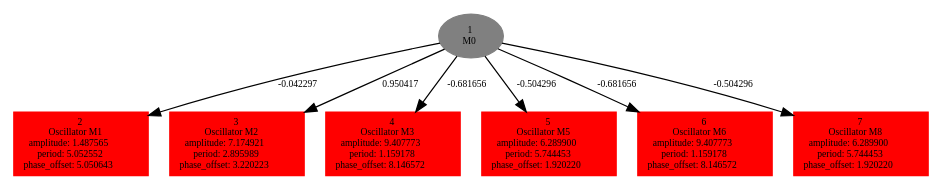
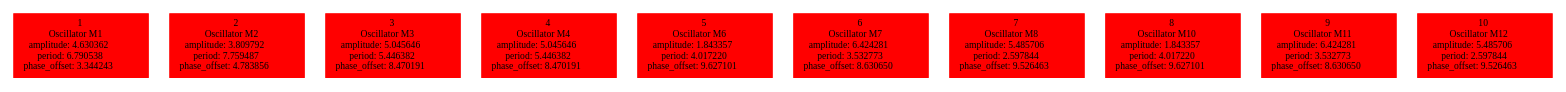
One commit to karinemiras/l-system changed the diagram in experiments/locomotion1/offspringpop4/tempbrain.dot. Above: the diagram before and after it, drawn with Graphviz. The commit also changed 83 other files, not shown here.

```diff
--- a/experiments/locomotion1/offspringpop4/tempbrain.dot
+++ b/experiments/locomotion1/offspringpop4/tempbrain.dot
@@ -1,15 +1,12 @@
  digraph g{ forcelabels=true;
-1[label=<1<BR/>M0>,color="grey",style=filled,fontsize=8];
-2 [label=<2<BR />Oscillator M1<BR /> amplitude: 1.487565<BR /> period: 5.052552<BR /> phase_offset: 5.050643>, shape=box,color=red,style=filled,fontsize=8];
-3 [label=<3<BR />Oscillator M2<BR /> amplitude: 7.174921<BR /> period: 2.895989<BR /> phase_offset: 3.220223>, shape=box,color=red,style=filled,fontsize=8];
-4 [label=<4<BR />Oscillator M3<BR /> amplitude: 9.407773<BR /> period: 1.159178<BR /> phase_offset: 8.146572>, shape=box,color=red,style=filled,fontsize=8];
-5 [label=<5<BR />Oscillator M5<BR /> amplitude: 6.289900<BR /> period: 5.744453<BR /> phase_offset: 1.920220>, shape=box,color=red,style=filled,fontsize=8];
-6 [label=<6<BR />Oscillator M6<BR /> amplitude: 9.407773<BR /> period: 1.159178<BR /> phase_offset: 8.146572>, shape=box,color=red,style=filled,fontsize=8];
-7 [label=<7<BR />Oscillator M8<BR /> amplitude: 6.289900<BR /> period: 5.744453<BR /> phase_offset: 1.920220>, shape=box,color=red,style=filled,fontsize=8];
-1 -> 2[label="-0.042297 ",fontsize="8"];
-1 -> 3[label="0.950417 ",fontsize="8"];
-1 -> 4[label="-0.681656 ",fontsize="8"];
-1 -> 5[label="-0.504296 ",fontsize="8"];
-1 -> 6[label="-0.681656 ",fontsize="8"];
-1 -> 7[label="-0.504296 ",fontsize="8"];
+1 [label=<1<BR />Oscillator M1<BR /> amplitude: 4.630362<BR /> period: 6.790538<BR /> phase_offset: 3.344243>, shape=box,color=red,style=filled,fontsize=8];
+2 [label=<2<BR />Oscillator M2<BR /> amplitude: 3.809792<BR /> period: 7.759487<BR /> phase_offset: 4.783856>, shape=box,color=red,style=filled,fontsize=8];
+3 [label=<3<BR />Oscillator M3<BR /> amplitude: 5.045646<BR /> period: 5.446382<BR /> phase_offset: 8.470191>, shape=box,color=red,style=filled,fontsize=8];
+4 [label=<4<BR />Oscillator M4<BR /> amplitude: 5.045646<BR /> period: 5.446382<BR /> phase_offset: 8.470191>, shape=box,color=red,style=filled,fontsize=8];
+5 [label=<5<BR />Oscillator M6<BR /> amplitude: 1.843357<BR /> period: 4.017220<BR /> phase_offset: 9.627101>, shape=box,color=red,style=filled,fontsize=8];
+6 [label=<6<BR />Oscillator M7<BR /> amplitude: 6.424281<BR /> period: 3.532773<BR /> phase_offset: 8.630650>, shape=box,color=red,style=filled,fontsize=8];
+7 [label=<7<BR />Oscillator M8<BR /> amplitude: 5.485706<BR /> period: 2.597844<BR /> phase_offset: 9.526463>, shape=box,color=red,style=filled,fontsize=8];
+8 [label=<8<BR />Oscillator M10<BR /> amplitude: 1.843357<BR /> period: 4.017220<BR /> phase_offset: 9.627101>, shape=box,color=red,style=filled,fontsize=8];
+9 [label=<9<BR />Oscillator M11<BR /> amplitude: 6.424281<BR /> period: 3.532773<BR /> phase_offset: 8.630650>, shape=box,color=red,style=filled,fontsize=8];
+10 [label=<10<BR />Oscillator M12<BR /> amplitude: 5.485706<BR /> period: 2.597844<BR /> phase_offset: 9.526463>, shape=box,color=red,style=filled,fontsize=8];
  }
```
